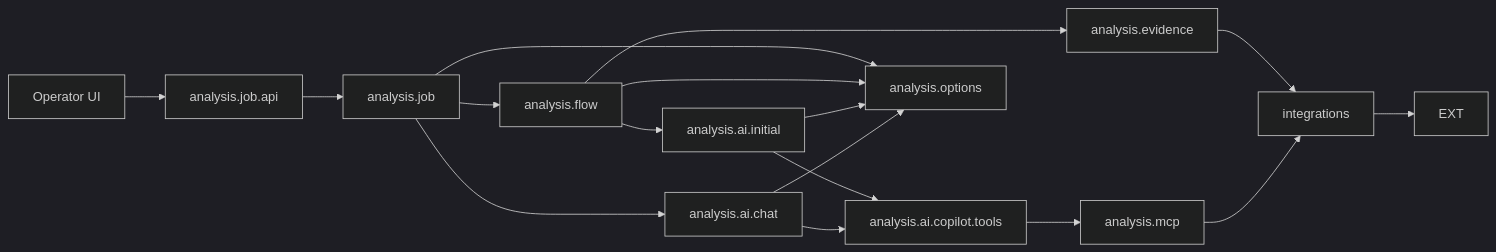
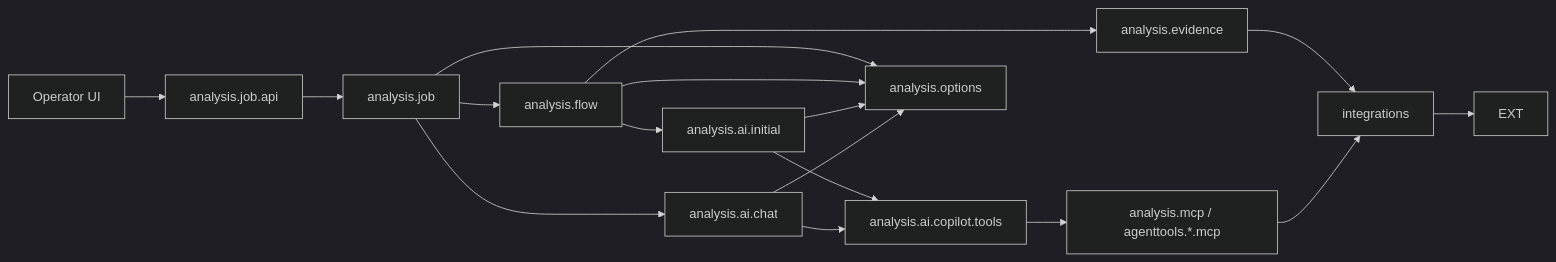
One commit to herald-assistant/incident-tracker changed the first of 2 diagrams in docs/architecture/05-package-dependencies.md. Above: the diagram before and after it, drawn with Mermaid (dark theme). The commit also changed other lines of this file and 15 other files, not shown here.

Commit message:
Move Elasticsearch MCP tools to agenttools

````diff
--- a/docs/architecture/05-package-dependencies.md
+++ b/docs/architecture/05-package-dependencies.md
@@ -87,23 +87,23 @@
 ```mermaid
 flowchart LR
     OP["Operator UI"] --> JOBAPI["analysis.job.api"]
     JOBAPI --> JOB["analysis.job"]
     JOB --> FLOW["analysis.flow"]
 
     FLOW --> EVIDENCE["analysis.evidence"]
     EVIDENCE --> INTEGRATIONS["integrations"]
     INTEGRATIONS --> EXT
 
     FLOW --> INITIAL["analysis.ai.initial"]
     INITIAL --> TOOLS["analysis.ai.copilot.tools"]
-    TOOLS --> MCP["analysis.mcp"]
+    TOOLS --> MCP["analysis.mcp / agenttools.*.mcp"]
     MCP --> INTEGRATIONS
 
     JOB --> CHAT
     CHAT["analysis.ai.chat"] --> TOOLS
 
     JOB --> OPTIONS["analysis.options"]
     FLOW --> OPTIONS
     INITIAL --> OPTIONS
     CHAT --> OPTIONS
 ```
````
